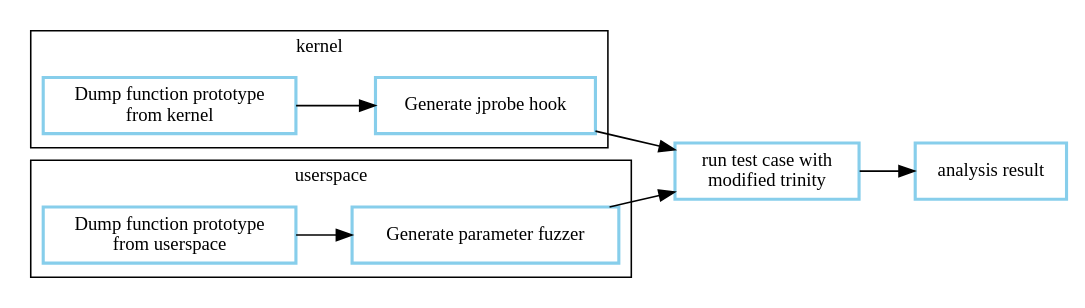
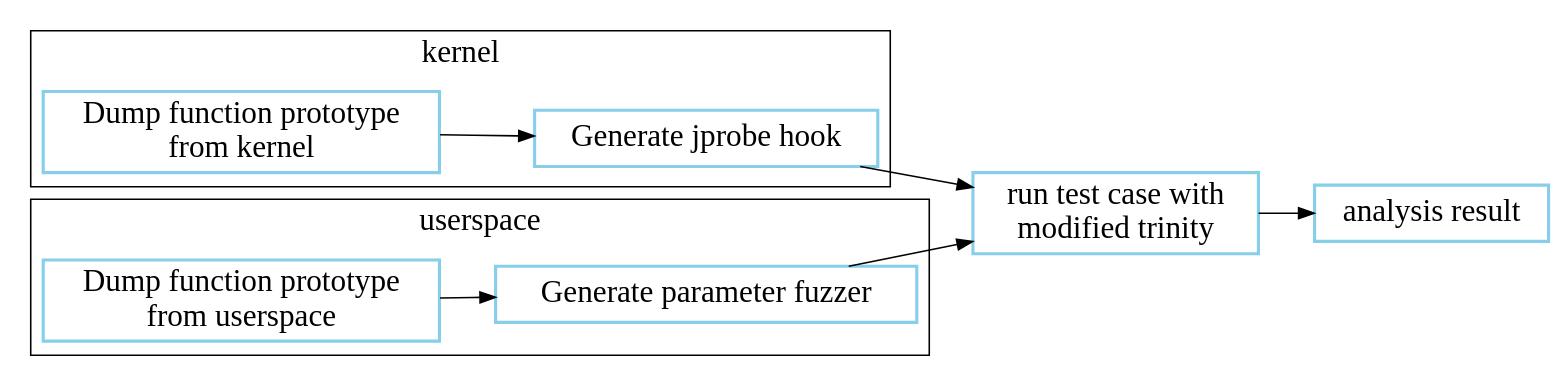
The diagram in public/images/syscall_unit_test/syscall_unit_test_diagram.dot (bjzhang/bjzhang.github.io), drawn with Graphviz before and after one commit. The commit also changed 2 other files, not shown here.

```diff
--- a/public/images/syscall_unit_test/syscall_unit_test_diagram.dot
+++ b/public/images/syscall_unit_test/syscall_unit_test_diagram.dot
@@ -1,32 +1,32 @@
 //dot -Tjpeg a.dot -o a.jpeg
 
 digraph syscall_unit_test{
     rankdir = LR;
 //    rankdir = TB;
     fontname = "Microsoft YaHei";
-    fontsize = 12;
+    fontsize = 20;
 
-    node [ fontname = "Microsoft YaHei", fontsize = 12, shape = "record", color="skyblue", style="bold"];
-    edge [ fontname = "Microsoft YaHei", fontsize = 12 ];
+    node [ fontname = "Microsoft YaHei", fontsize = 20, shape = "record", color="skyblue", style="bold"];
+    edge [ fontname = "Microsoft YaHei", fontsize = 20 ];
 
     subgraph cluster__kernel {
         label = "kernel";
         dump_function_prototype_from_kernel [ label = "Dump function prototype\n from kernel"];
         generate_jprobe_hook [ label = "Generate jprobe hook" ];
 
     }
 
     subgraph cluster__userspace {
         label = "userspace";
         dump_function_prototype_from_userspace [ label = "Dump function prototype\n from userspace"];
         generate_parameter_fuzzer [ label = "Generate parameter fuzzer"];
     }
 
     run_test_case_with_modified_trinity [ label = "run test case with\n modified trinity"];
     analysis_result [ label = "analysis result" ];
 
     dump_function_prototype_from_kernel -> generate_jprobe_hook -> run_test_case_with_modified_trinity;
     dump_function_prototype_from_userspace -> generate_parameter_fuzzer -> run_test_case_with_modified_trinity;
 
     run_test_case_with_modified_trinity -> analysis_result;
 }
```
